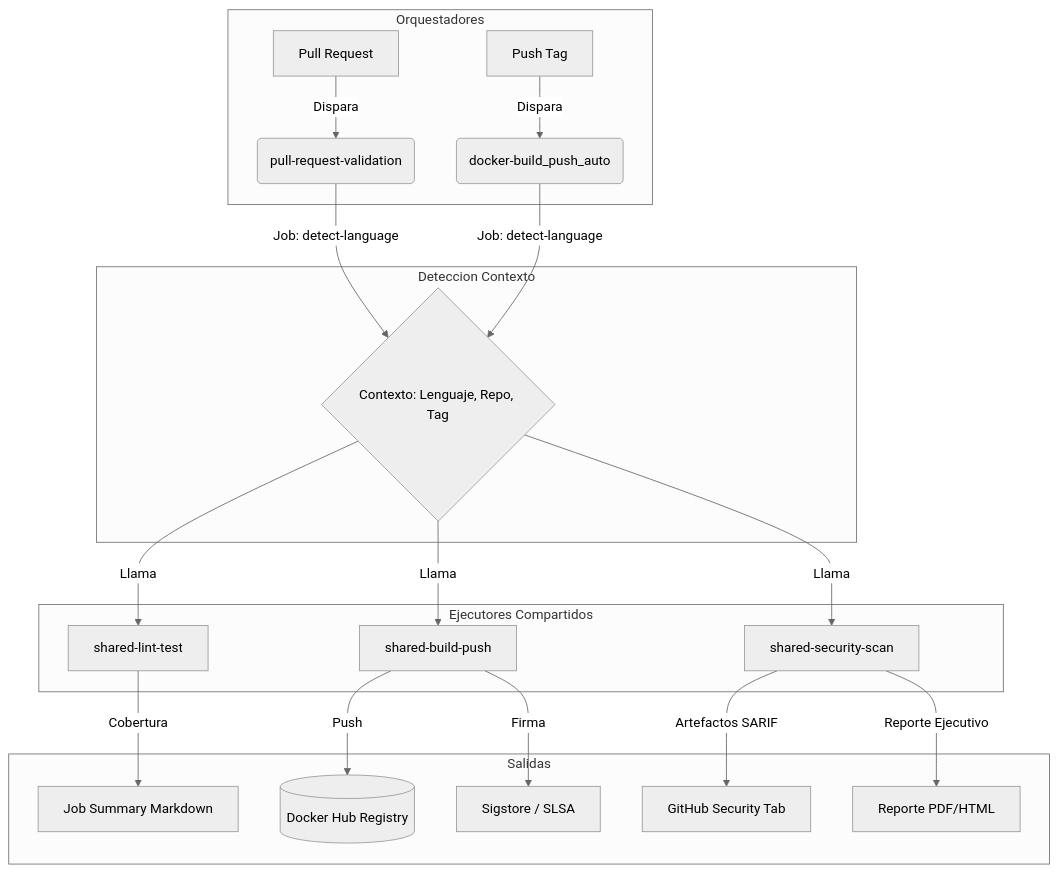
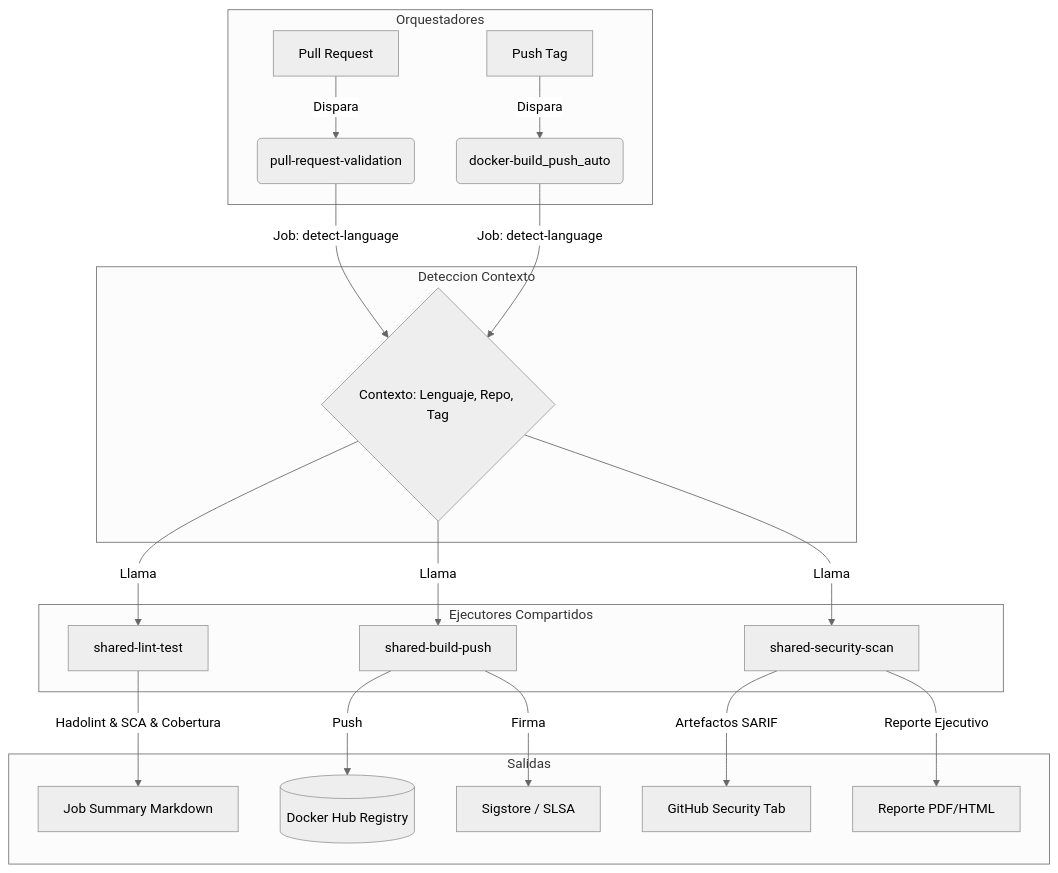
The diagram in 01-wiki/Architecture.md (grs89/github-template), drawn with Mermaid (neutral theme) before and after one commit. The commit also changed other lines of this file and 9 other files, not shown here.

Commit message:
feat(devsecops): integrate Hadolint and Native Language SCA Audits with updated documentation

````diff
--- a/01-wiki/Architecture.md
+++ b/01-wiki/Architecture.md
@@ -28,26 +28,26 @@
 ```mermaid
 graph TD
     subgraph Orquestadores
         PR[Pull Request] -->|Dispara| PRV(pull-request-validation)
         TAG[Push Tag] -->|Dispara| DBP(docker-build_push_auto)
     end
 
     subgraph Deteccion Contexto
         PRV -->|Job: detect-language| CTX{Contexto: Lenguaje, Repo, Tag}
         DBP -->|Job: detect-language| CTX
     end
 
     subgraph Ejecutores Compartidos
         CTX -->|Llama| SLT[shared-lint-test]
         CTX -->|Llama| SBP[shared-build-push]
         CTX -->|Llama| SSS[shared-security-scan]
     end
 
     subgraph Salidas
-        SLT -->|Cobertura| JS[Job Summary Markdown]
+        SLT -->|Hadolint & SCA & Cobertura| JS[Job Summary Markdown]
         SBP -->|Push| DHR[(Docker Hub Registry)]
         SBP -->|Firma| SLSA[Sigstore / SLSA]
         SSS -->|Artefactos SARIF| GS[GitHub Security Tab]
         SSS -->|Reporte Ejecutivo| PDF[Reporte PDF/HTML]
     end
 ```
````
